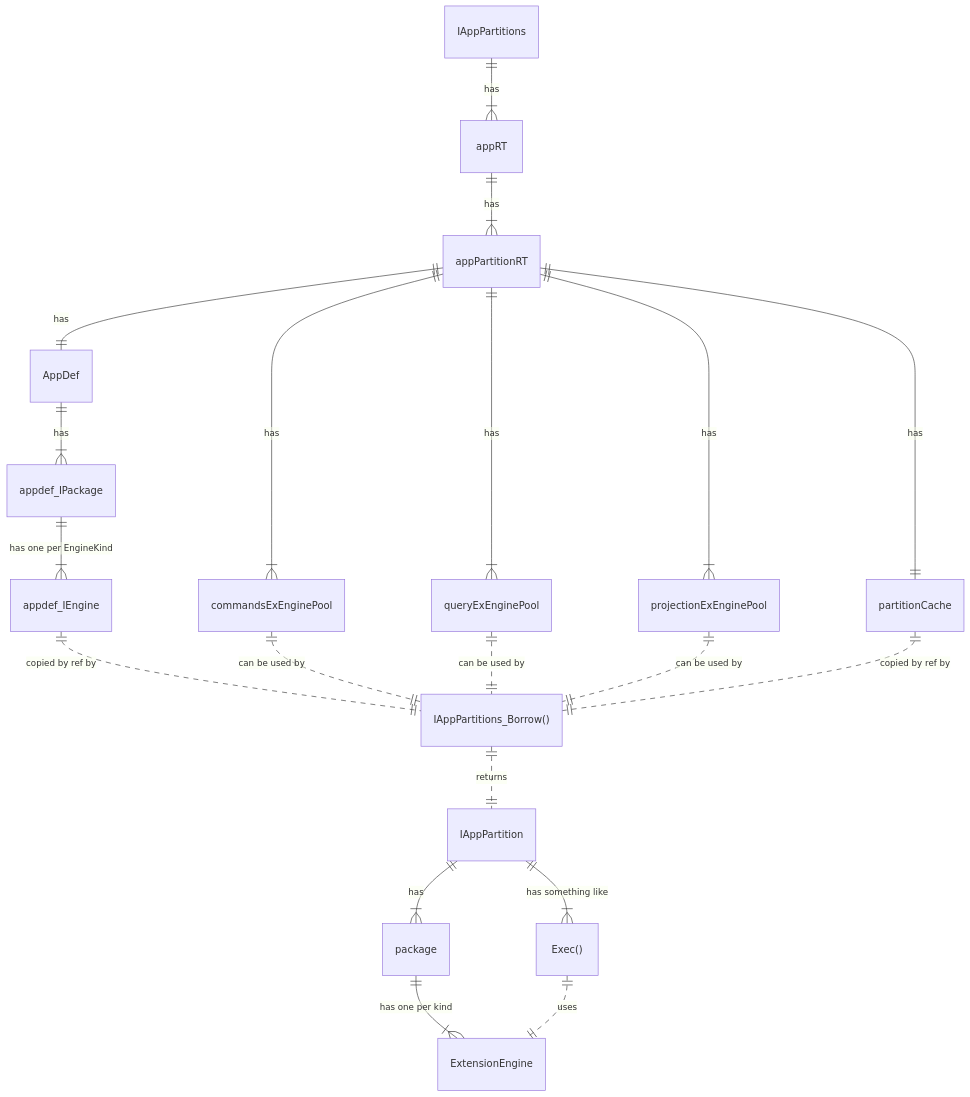
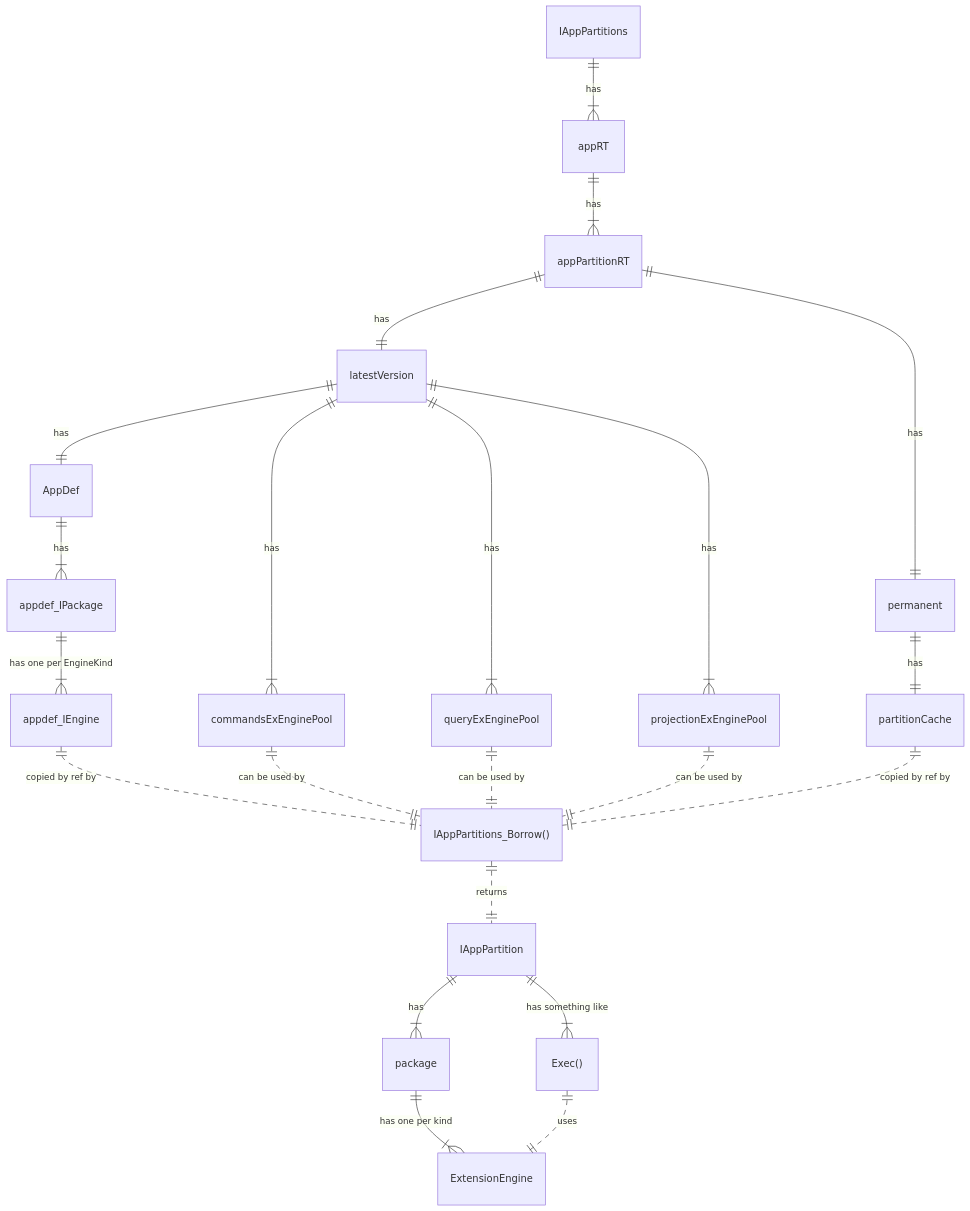
Before and after one commit to voedger/voedger: the fifth of 15 diagrams in design/README.md, drawn with Mermaid. The commit also changed other lines of this file, not shown here.

Commit message:
Development Concepts

````diff
--- a/design/README.md
+++ b/design/README.md
@@ -169,32 +169,35 @@
 ```mermaid
     erDiagram
 
     IAppPartitions ||--|{ appRT : "has"
 
     appRT ||--|{ appPartitionRT : "has"
 
-    appPartitionRT ||--|| AppDef : "has"
-    appPartitionRT  ||--|{ commandsExEnginePool : "has"
-    appPartitionRT  ||--|{ queryExEnginePool : "has"
-    appPartitionRT  ||--|{ projectionExEnginePool : "has"
-    appPartitionRT  ||--|| partitionCache: "has"
+    appPartitionRT ||--|| latestVersion : "has"
+    appPartitionRT ||--|| permanent : "has"
+
+    latestVersion ||--|| AppDef : "has"
+    latestVersion  ||--|{ commandsExEnginePool : "has"
+    latestVersion  ||--|{ queryExEnginePool : "has"
+    latestVersion  ||--|{ projectionExEnginePool : "has"
+    permanent  ||--|| partitionCache: "has"
 
 
     AppDef ||--|{ appdef_IPackage : "has"
     appdef_IPackage ||--|{ appdef_IEngine : "has one per EngineKind"
 
     appdef_IEngine ||..|| "IAppPartitions_Borrow()": "copied by ref by"
     
     commandsExEnginePool ||..|| "IAppPartitions_Borrow()": "can be used by"
     queryExEnginePool ||..|| "IAppPartitions_Borrow()": "can be used by"
     projectionExEnginePool ||..|| "IAppPartitions_Borrow()": "can be used by"
     partitionCache ||..|| "IAppPartitions_Borrow()": "copied by ref by"
 
     "IAppPartitions_Borrow()" ||..|| "IAppPartition": "returns"
 
     IAppPartition ||--|{ package : "has"
     package ||--|{ ExtensionEngine : "has one per kind"
     IAppPartition ||--|{ "Exec()" : "has something like"
 
     "Exec()" ||..|| ExtensionEngine : "uses"
 ```
````
